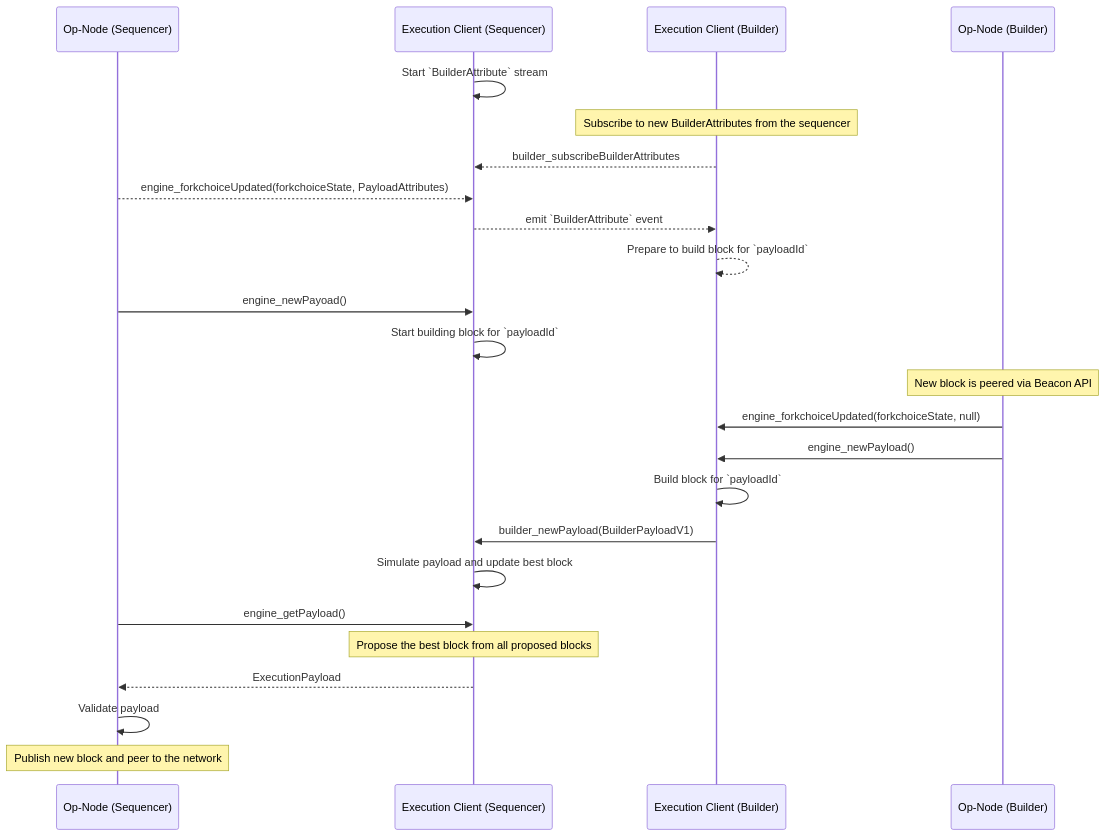
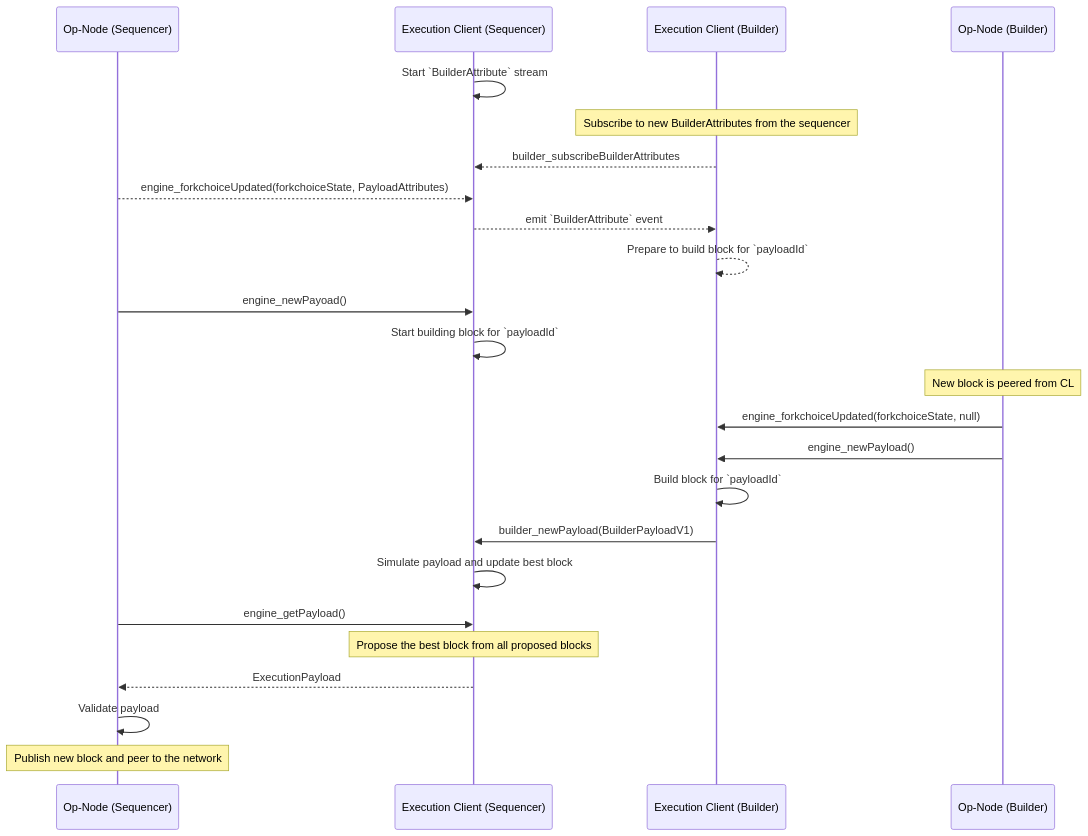
One commit to 0xKitsune/specs changed the diagram in specs/experimental/builder.md. Above: the diagram before and after it, drawn with Mermaid.

Commit message:
fix note in seq diagram

````diff
--- a/specs/experimental/builder.md
+++ b/specs/experimental/builder.md
@@ -37,33 +37,33 @@
 ```mermaid
 sequenceDiagram
     participant CLS as Op-Node (Sequencer)
     participant ELS as Execution Client (Sequencer)
     participant ELB as Execution Client (Builder)
     participant CLB as Op-Node (Builder)
 
     ELS->>ELS: Start `BuilderAttribute` stream
 
     Note over ELB: Subscribe to new BuilderAttributes from the sequencer
     ELB-->>ELS: builder_subscribeBuilderAttributes
 
     CLS-->>ELS: engine_forkchoiceUpdated(forkchoiceState, PayloadAttributes)
     ELS-->>ELB: emit `BuilderAttribute` event
     ELB-->>ELB: Prepare to build block for `payloadId`
     CLS->>ELS: engine_newPayoad()
     ELS->>ELS: Start building block for `payloadId`
 
-    Note over CLB: New block is peered via Beacon API
+    Note over CLB: New block is peered from CL
     CLB->>ELB: engine_forkchoiceUpdated(forkchoiceState, null)
     CLB->>ELB: engine_newPayload()
 
     ELB->>ELB: Build block for `payloadId`
     ELB->>ELS: builder_newPayload(BuilderPayloadV1)
     ELS->>ELS: Simulate payload and update best block
 
     CLS->>ELS: engine_getPayload()
     Note over ELS: Propose the best block from all proposed blocks
     ELS-->>CLS: ExecutionPayload
 
     CLS->>CLS: Validate payload
     Note over CLS: Publish new block and peer to the network
 ```
````
